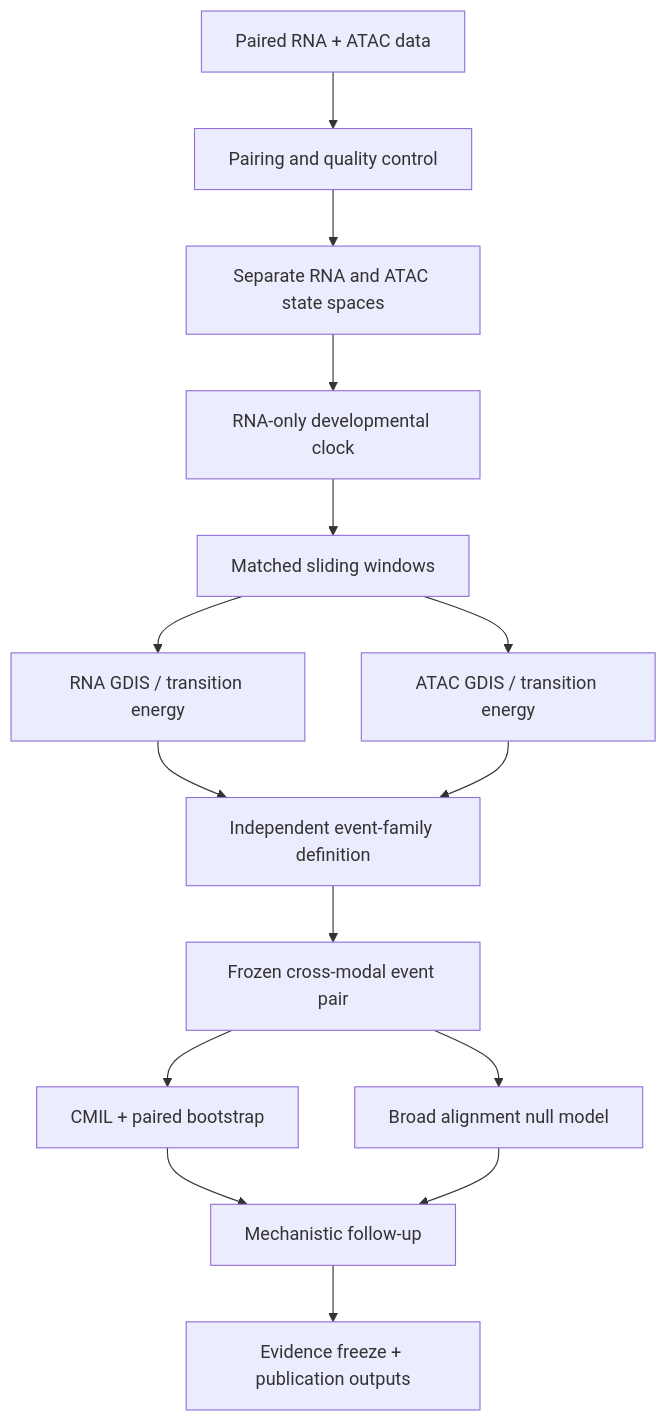
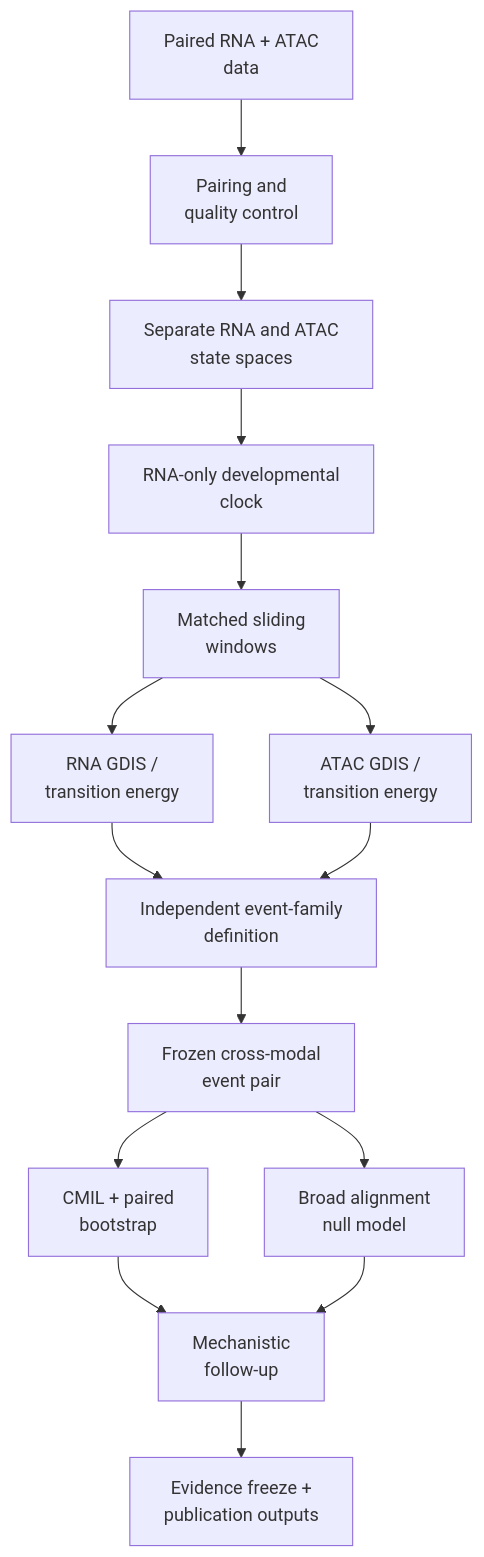
The diagram in README.md (hamiddi/GDIS-Multiome), drawn with Mermaid before and after one commit. The commit also changed other lines of this file, not shown here.

Commit message:
Initial release of GDIS-Multiome canonical reproducibility pipeline

````diff
--- a/README.md
+++ b/README.md
@@ -27,36 +27,36 @@
 ```mermaid
 flowchart TD
 
-    A[Paired RNA + ATAC data]
-    B[Pairing and quality control]
-    C[Separate RNA and ATAC state spaces]
-    D[RNA-only developmental clock]
-    E[Matched sliding windows]
+    A["Paired RNA + ATAC<br/>data"]
+    B["Pairing and<br/>quality control"]
+    C["Separate RNA and ATAC<br/>state spaces"]
+    D["RNA-only developmental<br/>clock"]
+    E["Matched sliding<br/>windows"]
 
-    F1[RNA GDIS / transition energy]
-    F2[ATAC GDIS / transition energy]
+    F1["RNA GDIS /<br/>transition energy"]
+    F2["ATAC GDIS /<br/>transition energy"]
 
-    G[Independent event-family definition]
-    H[Frozen cross-modal event pair]
+    G["Independent event-family<br/>definition"]
+    H["Frozen cross-modal<br/>event pair"]
 
-    I[CMIL + paired bootstrap]
-    J[Broad alignment null model]
+    I["CMIL + paired<br/>bootstrap"]
+    J["Broad alignment<br/>null model"]
 
-    K[Mechanistic follow-up]
-    L[Evidence freeze + publication outputs]
+    K["Mechanistic<br/>follow-up"]
+    L["Evidence freeze +<br/>publication outputs"]
 
     A --> B
     B --> C
     C --> D
     D --> E
     E --> F1
     E --> F2
     F1 --> G
     F2 --> G
     G --> H
     H --> I
     H --> J
     I --> K
     J --> K
     K --> L
 ```
````
